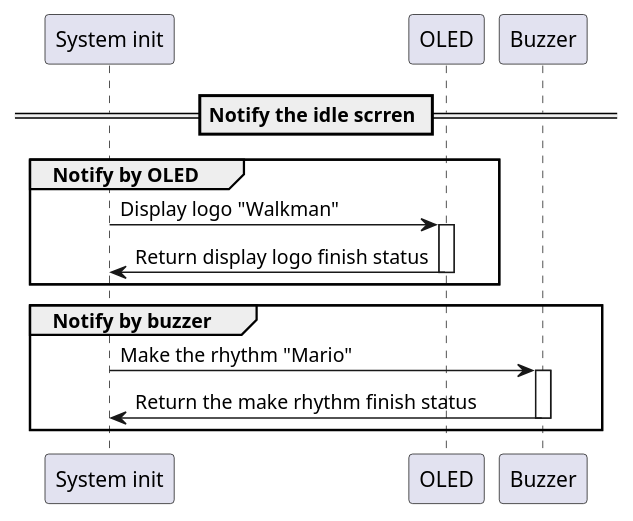
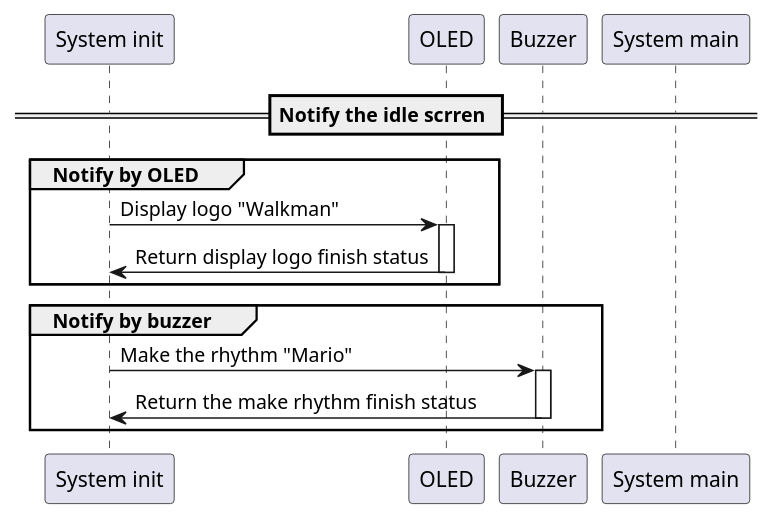
One commit to toannguyentien-itr-intern/MP3_Player changed the diagram in Documents/Seqence_diagram/2_system_idle_screen.wsd. Above: the diagram before and after it, drawn with PlantUML.

Commit message:
Refactor: Add additional participant system_main

```diff
--- a/Documents/Seqence_diagram/2_system_idle_screen.wsd
+++ b/Documents/Seqence_diagram/2_system_idle_screen.wsd
@@ -1,23 +1,27 @@
 @startuml
 
 participant "System init"   as    System_init
 participant "OLED"          as    OLED
 participant "Buzzer"        as    Buzzer
+participant "System main"   as    System_main
+
 
 == Notify the idle scrren ==
 
 group Notify by OLED
 System_init -> OLED: Display logo "Walkman"
 activate OLED
 OLED -> System_init: Return display logo finish status
 deactivate OLED
 end
 
 group Notify by buzzer
 System_init -> Buzzer: Make the rhythm "Mario"
 activate Buzzer
 Buzzer -> System_init: Return the make rhythm finish status
 deactivate Buzzer
 end
 
+
+
 @enduml
```
